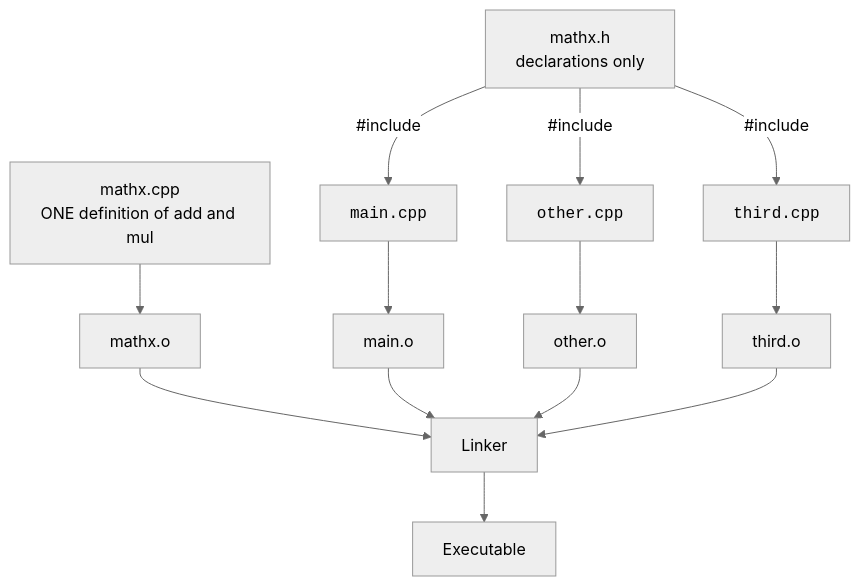
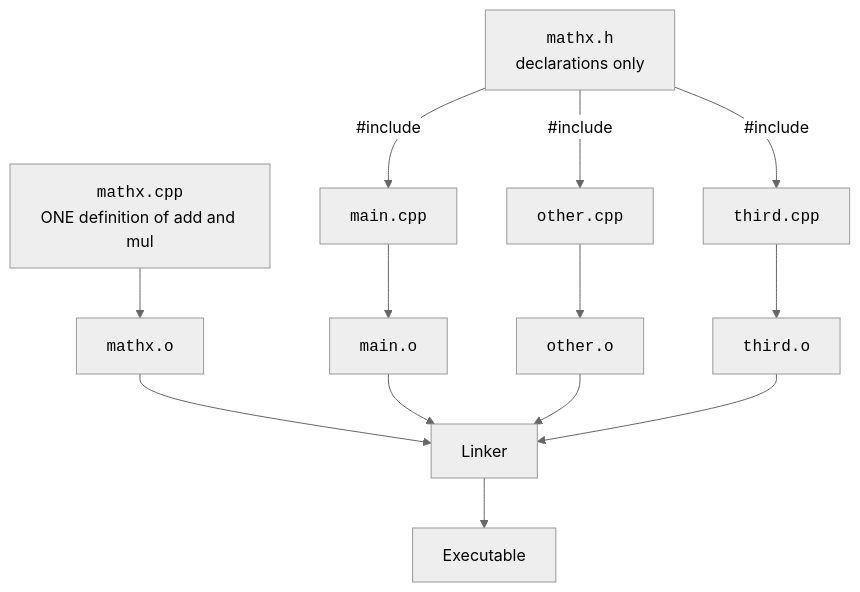
One commit to dataslope/dataslope changed the fourth of 4 diagrams in content/learn/from-zero-to-cpp/compilation-pipeline.mdx. Above: the diagram before and after it, drawn with Mermaid (neutral theme). The commit also changed other lines of this file and 100 other files, not shown here.

First line of the commit message:
Wrap more code in diagram labels: filenames, hex, assignments, subgraph titles

````diff
--- a/content/learn/from-zero-to-cpp/compilation-pipeline.mdx
+++ b/content/learn/from-zero-to-cpp/compilation-pipeline.mdx
@@ -257,15 +257,15 @@
 ```mermaid
 flowchart TD
-    H[mathx.h<br/>declarations only] -->|"#include"| M1["<code>main.cpp</code>"]
+    H["<code>mathx.h</code><br/>declarations only"] -->|"#include"| M1["<code>main.cpp</code>"]
     H -->|"#include"| M2["<code>other.cpp</code>"]
     H -->|"#include"| M3["<code>third.cpp</code>"]
-    Imp[mathx.cpp<br/>ONE definition of add and mul] --> Obj[mathx.o]
-    M1 --> O1[main.o]
-    M2 --> O2[other.o]
-    M3 --> O3[third.o]
+    Imp["<code>mathx.cpp</code><br/>ONE definition of add and mul"] --> Obj["<code>mathx.o</code>"]
+    M1 --> O1["<code>main.o</code>"]
+    M2 --> O2["<code>other.o</code>"]
+    M3 --> O3["<code>third.o</code>"]
     Obj --> Lk[Linker]
     O1 --> Lk
     O2 --> Lk
     O3 --> Lk
     Lk --> Exe[Executable]
 ```
````
